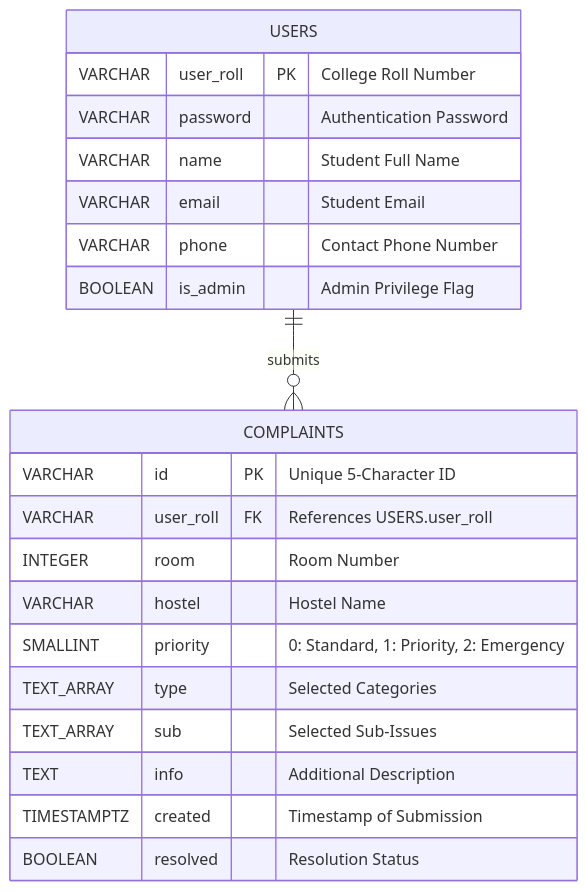
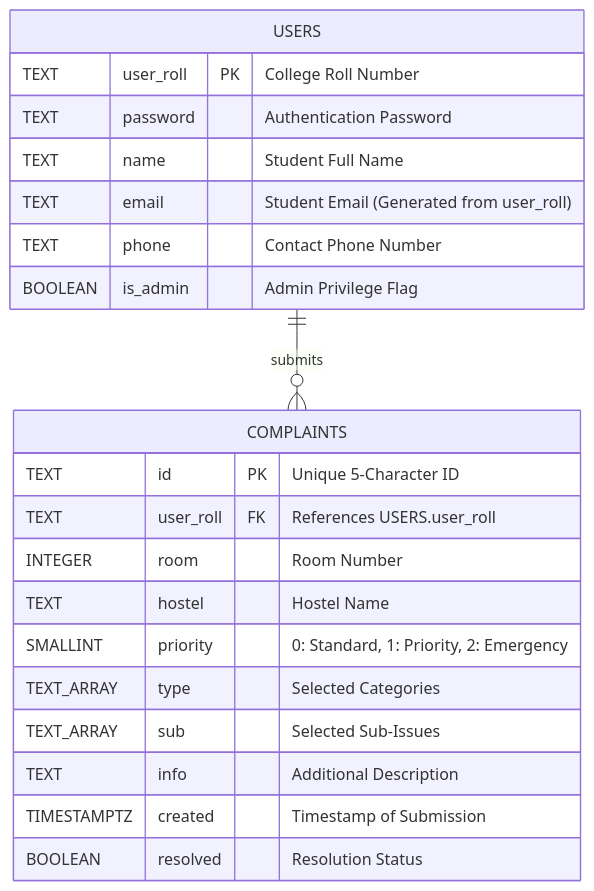
Before and after one commit to Cealde/complaint: the diagram in README.md, drawn with Mermaid. The commit also changed other lines of this file and 1 other file, not shown here.

````diff
--- a/README.md
+++ b/README.md
@@ -418,26 +462,26 @@
 ```mermaid
 erDiagram
     USERS ||--o{ COMPLAINTS : submits
     
     USERS {
-        VARCHAR user_roll PK "College Roll Number"
-        VARCHAR password "Authentication Password"
-        VARCHAR name "Student Full Name"
-        VARCHAR email "Student Email"
-        VARCHAR phone "Contact Phone Number"
+        TEXT user_roll PK "College Roll Number"
+        TEXT password "Authentication Password"
+        TEXT name "Student Full Name"
+        TEXT email "Student Email (Generated from user_roll)"
+        TEXT phone "Contact Phone Number"
         BOOLEAN is_admin "Admin Privilege Flag"
     }
 
     COMPLAINTS {
-        VARCHAR id PK "Unique 5-Character ID"
-        VARCHAR user_roll FK "References USERS.user_roll"
+        TEXT id PK "Unique 5-Character ID"
+        TEXT user_roll FK "References USERS.user_roll"
         INTEGER room "Room Number"
-        VARCHAR hostel "Hostel Name"
+        TEXT hostel "Hostel Name"
         SMALLINT priority "0: Standard, 1: Priority, 2: Emergency"
         TEXT_ARRAY type "Selected Categories"
         TEXT_ARRAY sub "Selected Sub-Issues"
         TEXT info "Additional Description"
         TIMESTAMPTZ created "Timestamp of Submission"
         BOOLEAN resolved "Resolution Status"
     }
 ```
````
